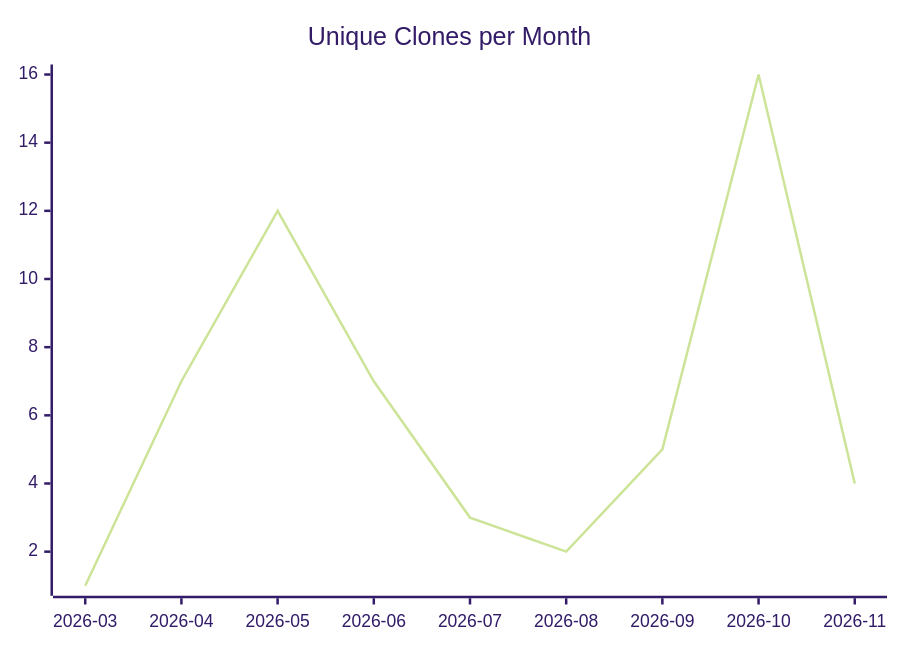
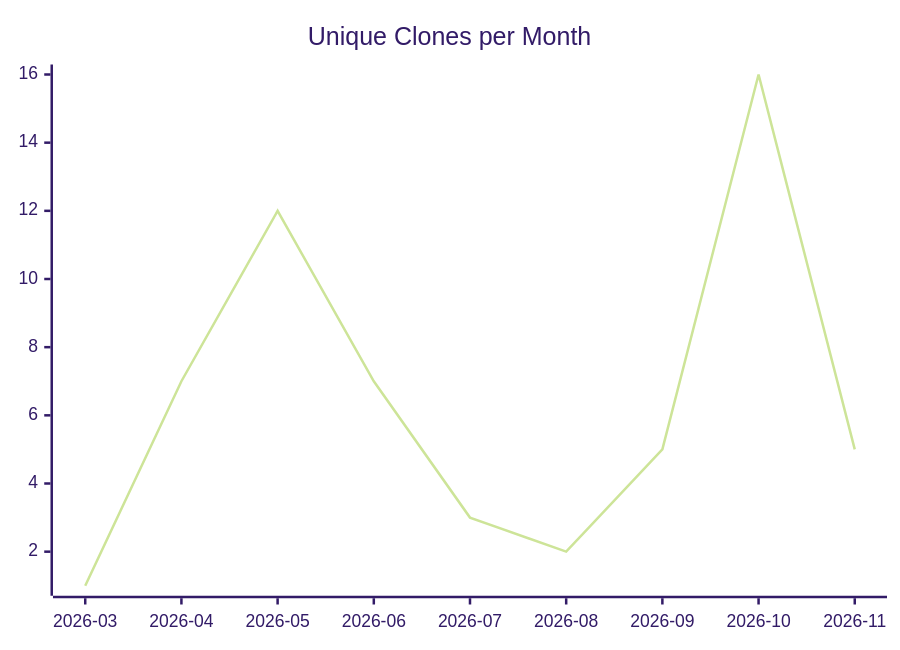
Before and after one commit to justdavis-family/github-analytics-data: the third of 3 diagrams in karlmdavis/sample-maven-and-rcp/README.md, drawn with Mermaid (forest theme). The commit also changed other lines of this file and 193 other files, not shown here.

````diff
--- a/karlmdavis/sample-maven-and-rcp/README.md
+++ b/karlmdavis/sample-maven-and-rcp/README.md
@@ -19,6 +19,6 @@
 ```mermaid
 xychart-beta
   title "Unique Clones per Month"
   x-axis ["2026-03", "2026-04", "2026-05", "2026-06", "2026-07", "2026-08", "2026-09", "2026-10", "2026-11"]
-  line [1, 7, 12, 7, 3, 2, 5, 16, 4]
+  line [1, 7, 12, 7, 3, 2, 5, 16, 5]
 ```
````
